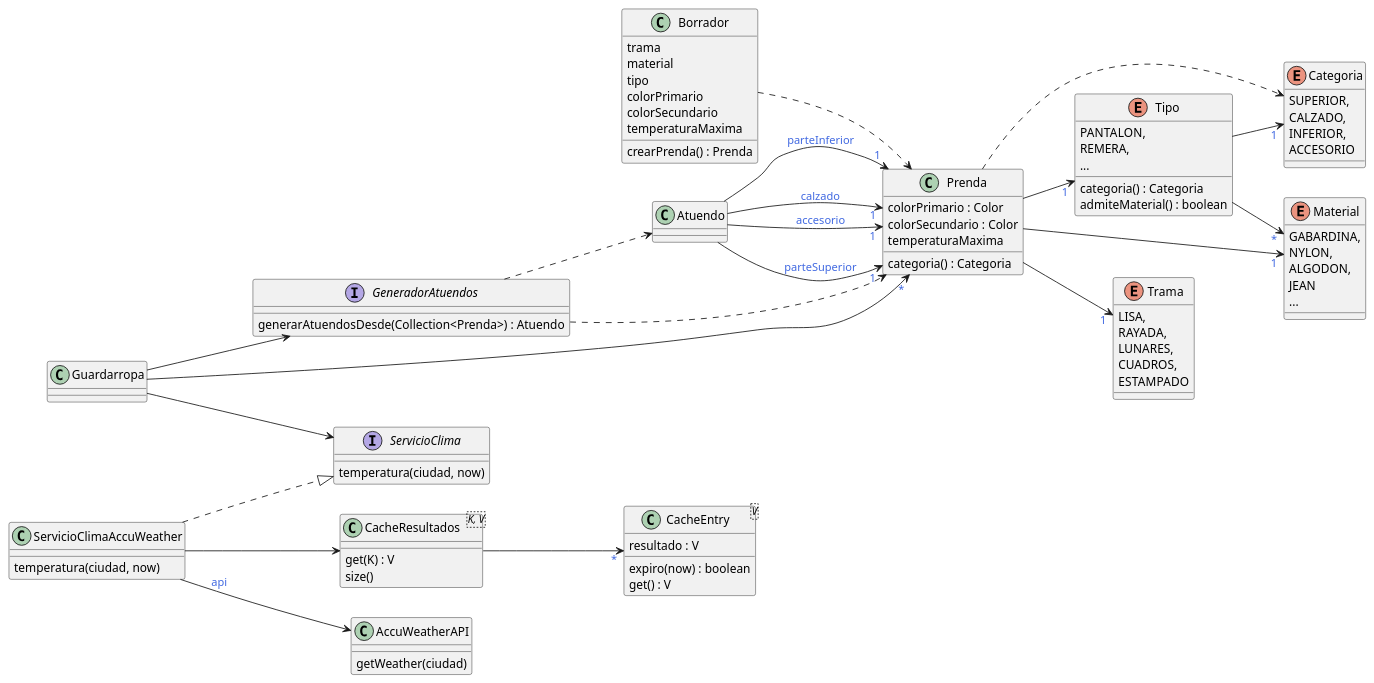
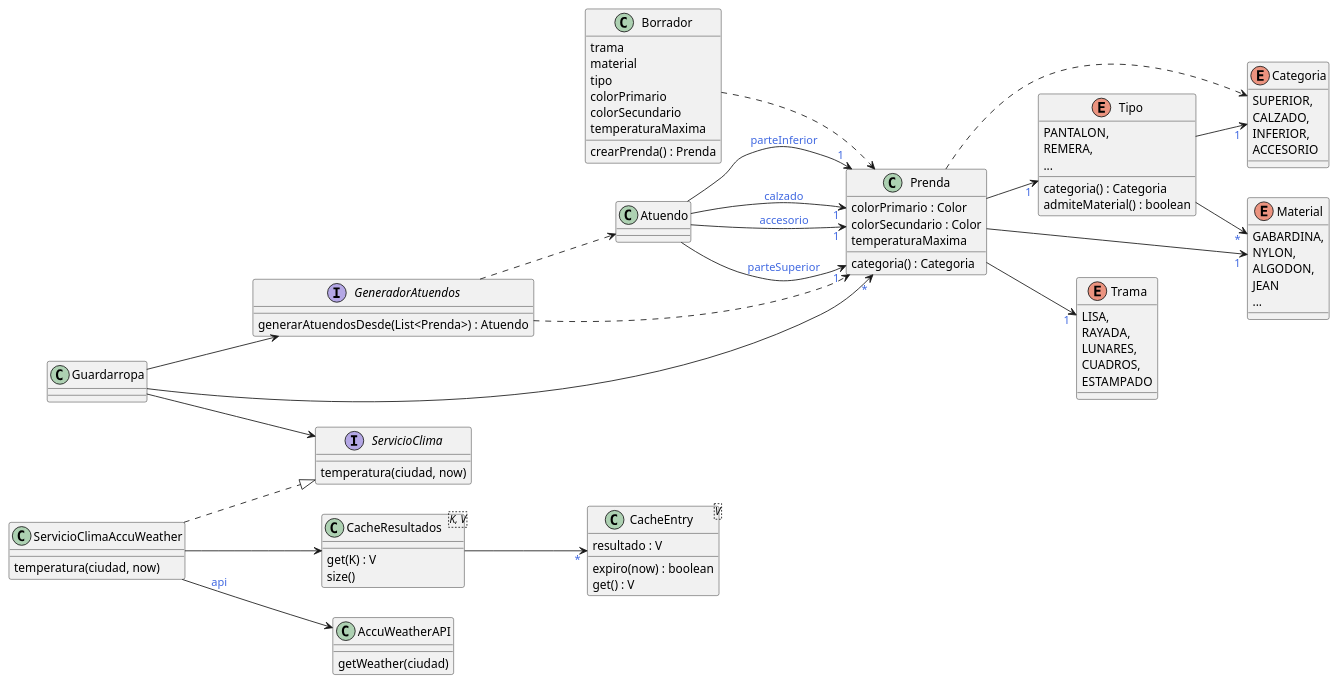
One commit to ariel-/tp-dds-qmp changed the diagram in assets/qmp.puml. Above: the diagram before and after it, drawn with PlantUML. The commit also changed 6 other files, not shown here.

```diff
--- a/assets/qmp.puml
+++ b/assets/qmp.puml
@@ -1,117 +1,117 @@
 @startuml
 left to right direction
 skinparam backgroundColor transparent
 skinparam arrowFontColor royalblue
 
 together {
     class Prenda {
         colorPrimario : Color
         colorSecundario : Color
         temperaturaMaxima
         categoria() : Categoria
     }
 
     enum Trama {
         LISA,
         RAYADA,
         LUNARES,
         CUADROS,
         ESTAMPADO
     }
 
     enum Material {
         GABARDINA,
         NYLON,
         ALGODON,
         JEAN
         ...
     }
 
     enum Tipo {
         PANTALON,
         REMERA,
         ...
 
         categoria() : Categoria
         admiteMaterial() : boolean
     }
 
     enum Categoria {
         SUPERIOR,
         CALZADO,
         INFERIOR,
         ACCESORIO
     }
 
     Prenda --> "1" Material
     Prenda --> "1" Trama
     Prenda --> "1" Tipo
 
     Prenda ..> Categoria
 
     Tipo --> "1" Categoria
     Tipo --> "*" Material
 }
 
 class Borrador {
     trama
     material
     tipo
     colorPrimario
     colorSecundario
     temperaturaMaxima
 
     crearPrenda() : Prenda
 }
 
 interface GeneradorAtuendos {
-    generarAtuendosDesde(Collection<Prenda>) : Atuendo
+    generarAtuendosDesde(List<Prenda>) : Atuendo
 }
 
 class Atuendo {
 }
 
 interface ServicioClima {
     temperatura(ciudad, now)
 }
 
 class ServicioClimaAccuWeather {
     temperatura(ciudad, now)
 }
 
 class "CacheResultados<K, V>" as CacheResultados {
     get(K) : V
     size()
 }
 
 class "CacheEntry<V>" as CacheEntry {
     resultado : V
     expiro(now) : boolean
     get() : V
 }
 
 class AccuWeatherAPI {
     getWeather(ciudad)
 }
 
 Borrador ..> Prenda
 
 Atuendo --> "1" Prenda : parteSuperior
 Atuendo --> "1" Prenda : parteInferior
 Atuendo --> "1" Prenda : calzado
 Atuendo --> "1" Prenda : accesorio
 
 Guardarropa --> GeneradorAtuendos
 Guardarropa --> ServicioClima
 Guardarropa --> "*" Prenda
 
 GeneradorAtuendos ..> Prenda
 GeneradorAtuendos ..> Atuendo
 
 ServicioClimaAccuWeather ..|> ServicioClima
 ServicioClimaAccuWeather --> CacheResultados
 ServicioClimaAccuWeather --> AccuWeatherAPI : api
 
 CacheResultados --> "*" CacheEntry
 
 @enduml
```
